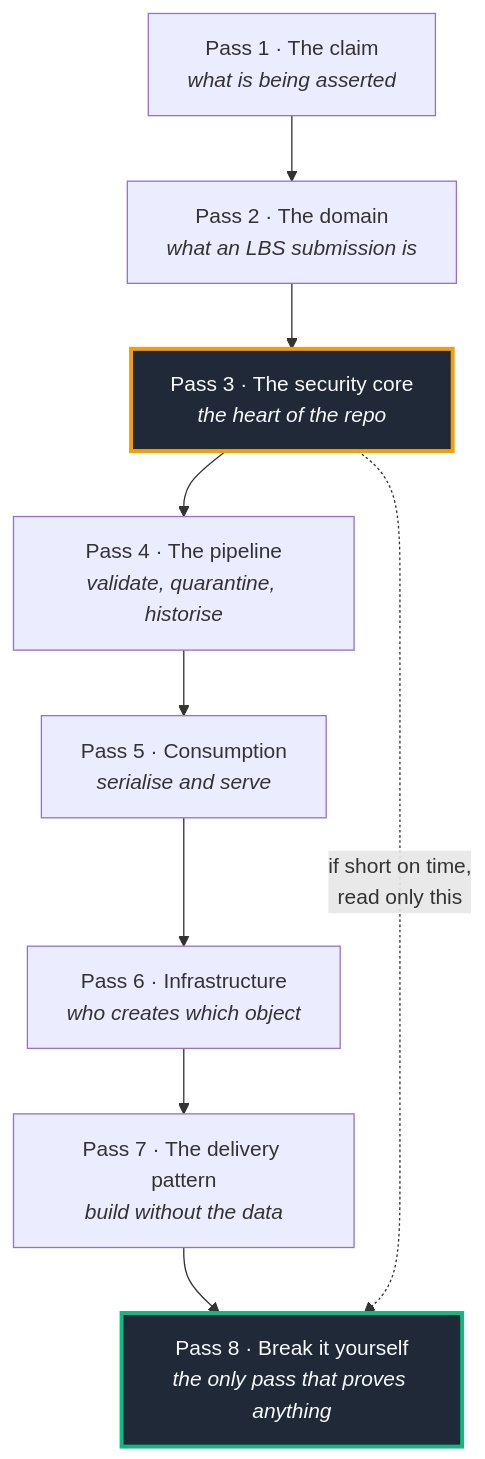
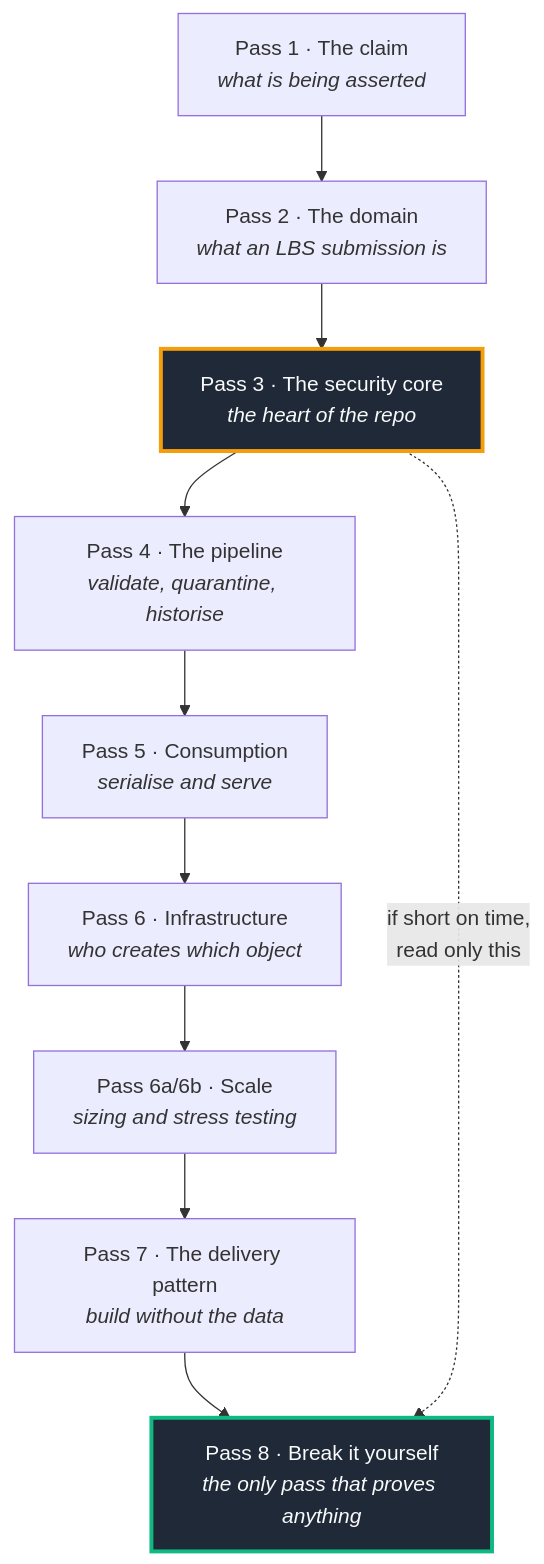
The diagram in docs/technical_guide.md (botlhale/sovereign-shield), drawn with Mermaid before and after one commit. The commit also changed other lines of this file and 40 other files, not shown here.

````diff
--- a/docs/technical_guide.md
+++ b/docs/technical_guide.md
@@ -35,15 +35,16 @@
 ```mermaid
 flowchart TD
     P1["Pass 1 · The claim<br/><i>what is being asserted</i>"] --> P2["Pass 2 · The domain<br/><i>what an LBS submission is</i>"]
     P2 --> P3["Pass 3 · The security core<br/><i>the heart of the repo</i>"]
     P3 --> P4["Pass 4 · The pipeline<br/><i>validate, quarantine, historise</i>"]
     P4 --> P5["Pass 5 · Consumption<br/><i>serialise and serve</i>"]
     P5 --> P6["Pass 6 · Infrastructure<br/><i>who creates which object</i>"]
-    P6 --> P7["Pass 7 · The delivery pattern<br/><i>build without the data</i>"]
+    P6 --> P6a["Pass 6a/6b · Scale<br/><i>sizing and stress testing</i>"]
+    P6a --> P7["Pass 7 · The delivery pattern<br/><i>build without the data</i>"]
     P7 --> P8["Pass 8 · Break it yourself<br/><i>the only pass that proves anything</i>"]
 
     P3 -.->|"if short on time,<br/>read only this"| P8
 
     style P3 fill:#1f2937,stroke:#f59e0b,stroke-width:3px,color:#f9fafb
     style P8 fill:#1f2937,stroke:#10b981,stroke-width:3px,color:#f9fafb
 ```
````
